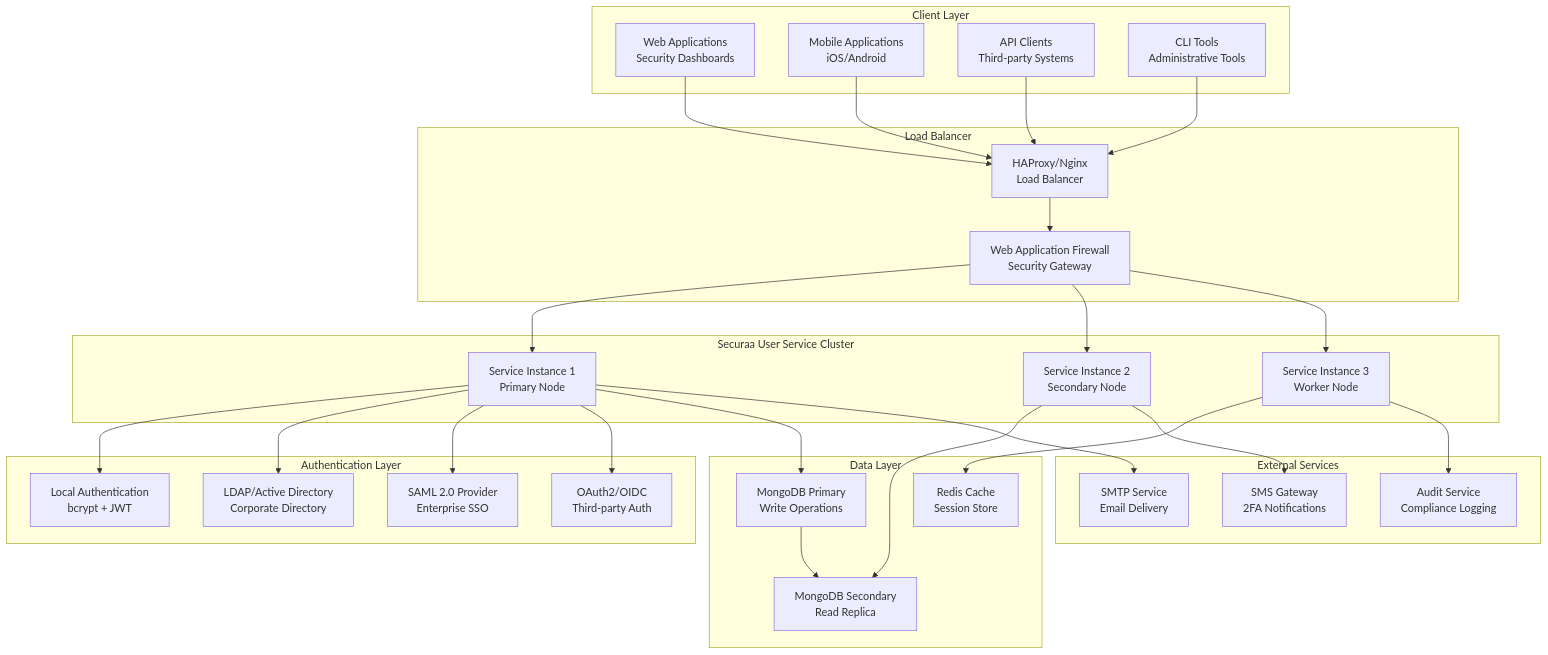
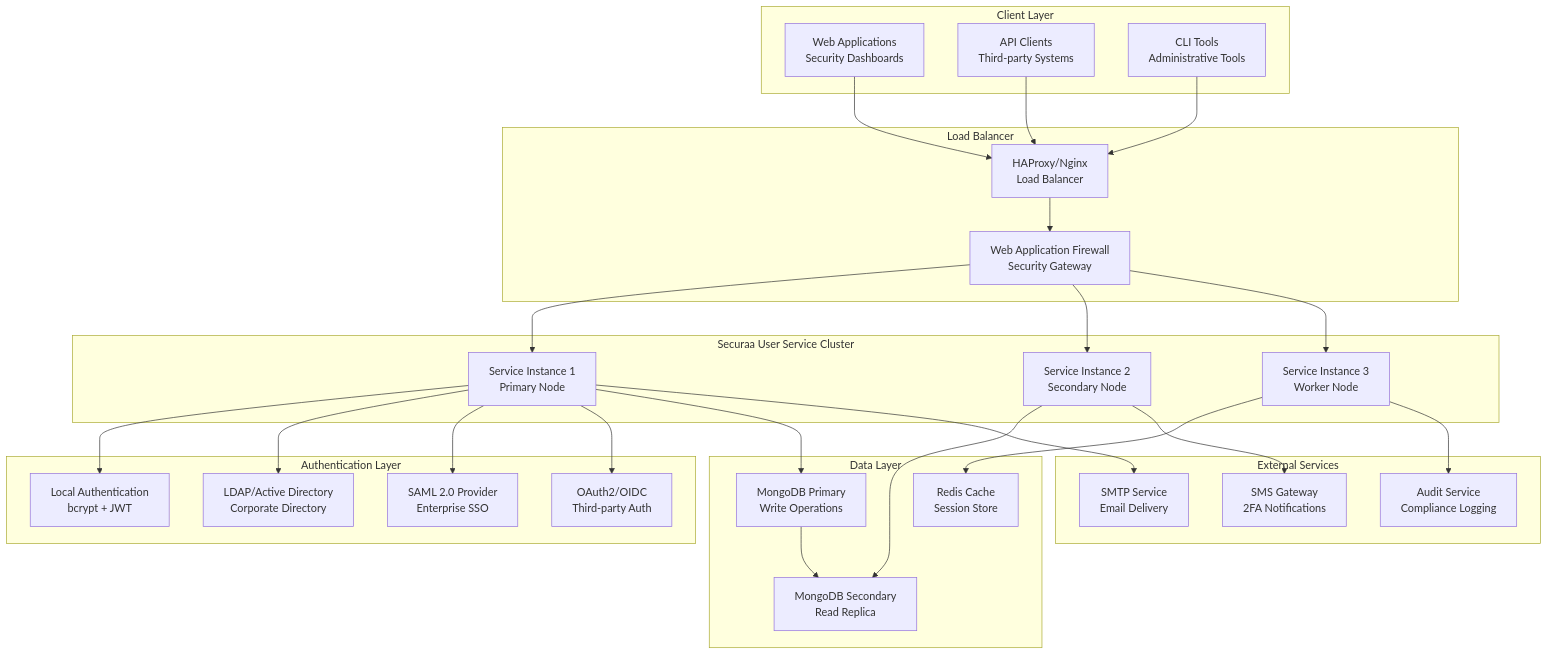
The first of 14 diagrams in securaa-user-high-level-design.md (Vishwa0220/securaa-internal-documents), drawn with Mermaid before and after one commit. The commit also changed other lines of this file and 3 other files, not shown here.

````diff
--- a/securaa-user-high-level-design.md
+++ b/securaa-user-high-level-design.md
@@ -37,70 +37,68 @@
 ```mermaid
 graph TB
     subgraph "Client Layer"
         WEB[Web Applications<br/>Security Dashboards]
-        MOBILE[Mobile Applications<br/>iOS/Android]
         API_CLIENT[API Clients<br/>Third-party Systems]
         CLI[CLI Tools<br/>Administrative Tools]
     end
     
     subgraph "Load Balancer"
         LB[HAProxy/Nginx<br/>Load Balancer]
         WAF[Web Application Firewall<br/>Security Gateway]
     end
     
     subgraph "Securaa User Service Cluster"
         SVC1[Service Instance 1<br/>Primary Node]
         SVC2[Service Instance 2<br/>Secondary Node]  
         SVC3[Service Instance 3<br/>Worker Node]
     end
     
     subgraph "Authentication Layer"
         LOCAL_AUTH[Local Authentication<br/>bcrypt + JWT]
         LDAP_AD[LDAP/Active Directory<br/>Corporate Directory]
         SAML_IDP[SAML 2.0 Provider<br/>Enterprise SSO]
         OAUTH2[OAuth2/OIDC<br/>Third-party Auth]
     end
     
     subgraph "Data Layer"
         MONGO_PRIMARY[MongoDB Primary<br/>Write Operations]
         MONGO_SECONDARY[MongoDB Secondary<br/>Read Replica]
         REDIS_CACHE[Redis Cache<br/>Session Store]
     end
     
     subgraph "External Services"
         EMAIL_SERVICE[SMTP Service<br/>Email Delivery]
         SMS_GATEWAY[SMS Gateway<br/>2FA Notifications]
         AUDIT_SERVICE[Audit Service<br/>Compliance Logging]
     end
     
     %% Client Connections
     WEB --> LB
-    MOBILE --> LB
     API_CLIENT --> LB
     CLI --> LB
     
     %% Load Balancer
     LB --> WAF
     WAF --> SVC1
     WAF --> SVC2
     WAF --> SVC3
     
     %% Authentication
     SVC1 --> LOCAL_AUTH
     SVC1 --> LDAP_AD
     SVC1 --> SAML_IDP
     SVC1 --> OAUTH2
     
     %% Data Access
     SVC1 --> MONGO_PRIMARY
     SVC2 --> MONGO_SECONDARY
     SVC3 --> REDIS_CACHE
     
     %% Database Replication
     MONGO_PRIMARY --> MONGO_SECONDARY
     
     %% External Services
     SVC1 --> EMAIL_SERVICE
     SVC2 --> SMS_GATEWAY
     SVC3 --> AUDIT_SERVICE
 ```
````
